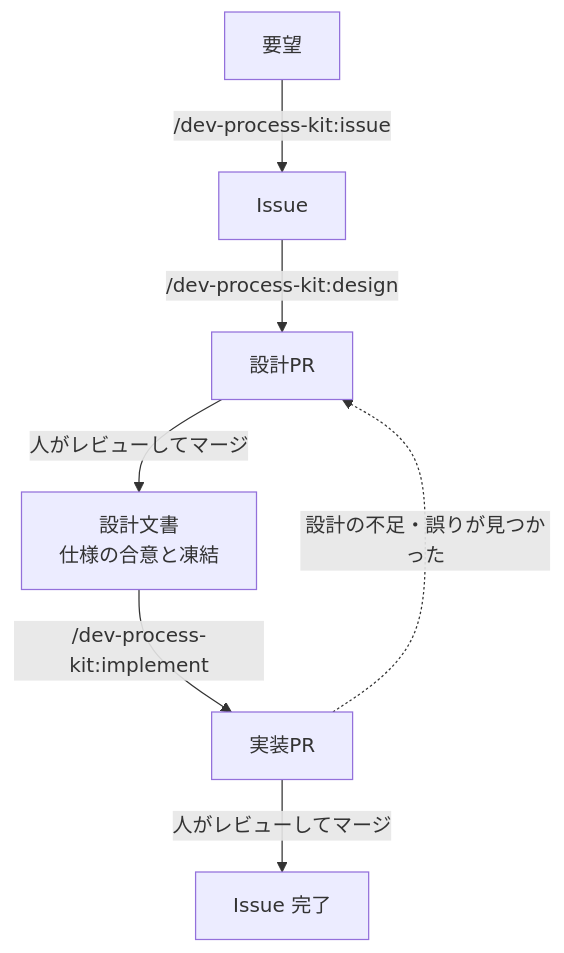
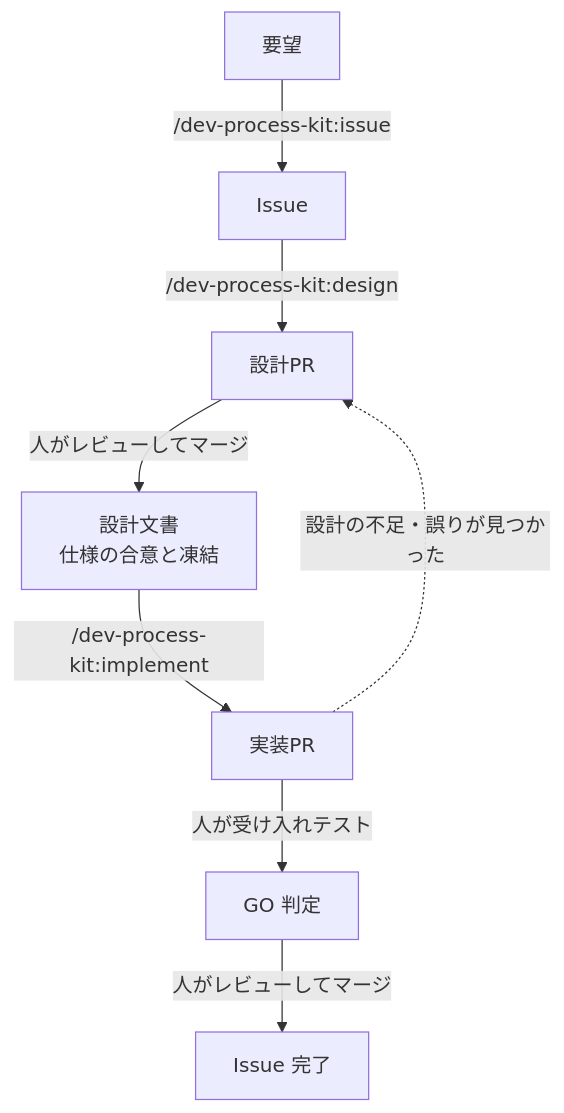
One commit to neko3cs/dev-process-kit changed the diagram in README.md. Above: the diagram before and after it, drawn with Mermaid. The commit also changed other lines of this file, not shown here.

Commit message:
README の開発の流れに人による受け入れテストを加える

````diff
--- a/README.md
+++ b/README.md
@@ -21,9 +21,10 @@
 ```mermaid
 flowchart TD
     A[要望] -->|"/dev-process-kit:issue"| B[Issue]
     B -->|"/dev-process-kit:design"| C[設計PR]
     C -->|人がレビューしてマージ| D[設計文書<br>仕様の合意と凍結]
     D -->|"/dev-process-kit:implement"| E[実装PR]
-    E -->|人がレビューしてマージ| F[Issue 完了]
+    E -->|人が受け入れテスト| G[GO 判定]
+    G -->|人がレビューしてマージ| F[Issue 完了]
     E -.->|設計の不足・誤りが見つかった| C
 ```
````
